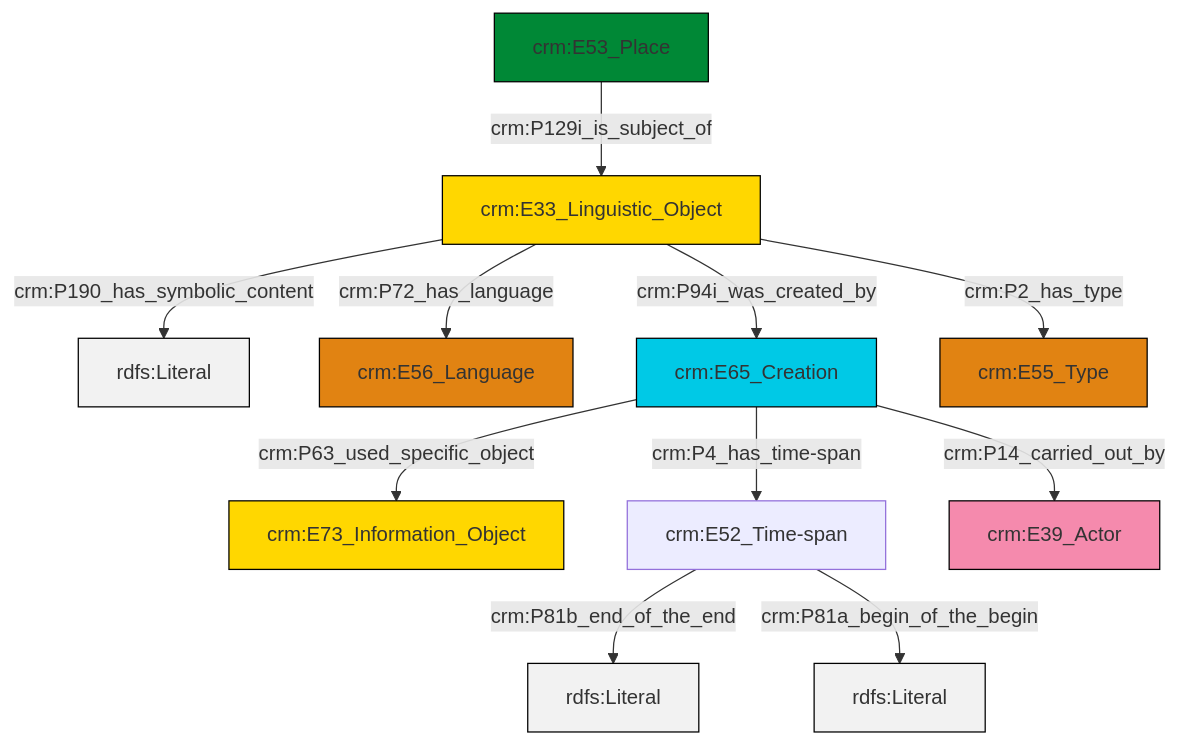
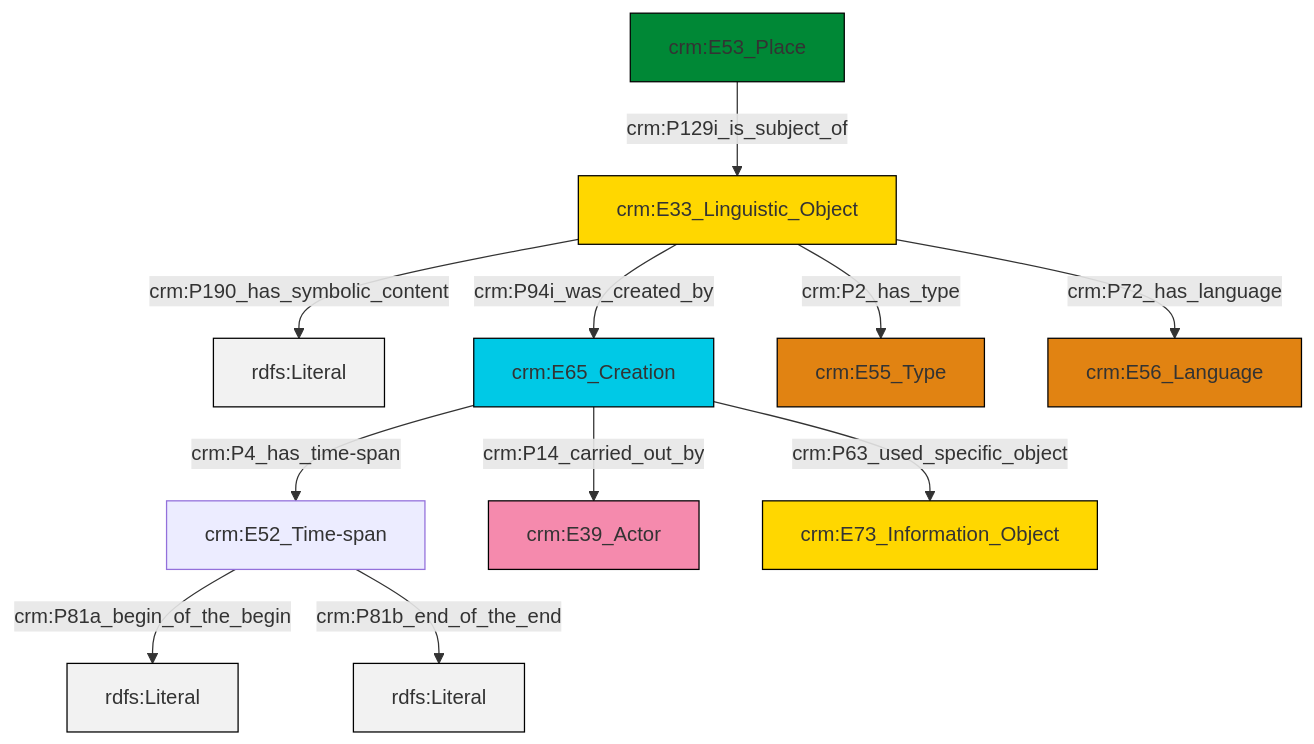
One commit to swiss-art-research-net/reference-data-models changed the diagram in et/placeCSV/ttl/mmd/place_description.ttl.mmd. Above: the diagram before and after it, drawn with Mermaid. The commit also changed 125 other files, not shown here.

```diff
--- a/et/placeCSV/ttl/mmd/place_description.ttl.mmd
+++ b/et/placeCSV/ttl/mmd/place_description.ttl.mmd
@@ -1,25 +1,25 @@
 graph TD
 classDef Literal fill:#f2f2f2,stroke:#000000;
 classDef CRM_Entity fill:#FFFFFF,stroke:#000000;
 classDef Temporal_Entity fill:#00C9E6, stroke:#000000;
 classDef Type fill:#E18312, stroke:#000000;
 classDef Time-Span fill:#2C9C91, stroke:#000000;
 classDef Appellation fill:#FFEB7F, stroke:#000000;
 classDef Place fill:#008836, stroke:#000000;
 classDef Persistent_Item fill:#B266B2, stroke:#000000;
 classDef Conceptual_Object fill:#FFD700, stroke:#000000;
 classDef Physical_Thing fill:#D2B48C, stroke:#000000;
 classDef Actor fill:#f58aad, stroke:#000000;
 classDef PC_Classes fill:#4ce600, stroke:#000000;
 classDef Multi fill:#cccccc,stroke:#000000;
 
-0["crm:E33_Linguistic_Object"]:::Conceptual_Object -->|crm:P190_has_symbolic_content| 1[rdfs:Literal]:::Literal
-4["crm:E52_Time-span"]:::Default -->|crm:P81b_end_of_the_end| 5[rdfs:Literal]:::Literal
-0["crm:E33_Linguistic_Object"]:::Conceptual_Object -->|crm:P72_has_language| 6["crm:E56_Language"]:::Type
-7["crm:E65_Creation"]:::Temporal_Entity -->|crm:P4_has_time-span| 4["crm:E52_Time-span"]:::Default
-0["crm:E33_Linguistic_Object"]:::Conceptual_Object -->|crm:P94i_was_created_by| 7["crm:E65_Creation"]:::Temporal_Entity
-7["crm:E65_Creation"]:::Temporal_Entity -->|crm:P63_used_specific_object| 2["crm:E73_Information_Object"]:::Conceptual_Object
-7["crm:E65_Creation"]:::Temporal_Entity -->|crm:P14_carried_out_by| 8["crm:E39_Actor"]:::Actor
-0["crm:E33_Linguistic_Object"]:::Conceptual_Object -->|crm:P2_has_type| 15["crm:E55_Type"]:::Type
-4["crm:E52_Time-span"]:::Default -->|crm:P81a_begin_of_the_begin| 16[rdfs:Literal]:::Literal
-13["crm:E53_Place"]:::Place -->|crm:P129i_is_subject_of| 0["crm:E33_Linguistic_Object"]:::Conceptual_Object
+0["crm:E52_Time-span"]:::Default -->|crm:P81a_begin_of_the_begin| 1[rdfs:Literal]:::Literal
+2["crm:E33_Linguistic_Object"]:::Conceptual_Object -->|crm:P190_has_symbolic_content| 3[rdfs:Literal]:::Literal
+6["crm:E65_Creation"]:::Temporal_Entity -->|crm:P14_carried_out_by| 7["crm:E39_Actor"]:::Actor
+6["crm:E65_Creation"]:::Temporal_Entity -->|crm:P63_used_specific_object| 9["crm:E73_Information_Object"]:::Conceptual_Object
+0["crm:E52_Time-span"]:::Default -->|crm:P81b_end_of_the_end| 10[rdfs:Literal]:::Literal
+4["crm:E53_Place"]:::Place -->|crm:P129i_is_subject_of| 2["crm:E33_Linguistic_Object"]:::Conceptual_Object
+2["crm:E33_Linguistic_Object"]:::Conceptual_Object -->|crm:P72_has_language| 13["crm:E56_Language"]:::Type
+2["crm:E33_Linguistic_Object"]:::Conceptual_Object -->|crm:P94i_was_created_by| 6["crm:E65_Creation"]:::Temporal_Entity
+6["crm:E65_Creation"]:::Temporal_Entity -->|crm:P4_has_time-span| 0["crm:E52_Time-span"]:::Default
+2["crm:E33_Linguistic_Object"]:::Conceptual_Object -->|crm:P2_has_type| 11["crm:E55_Type"]:::Type
```
